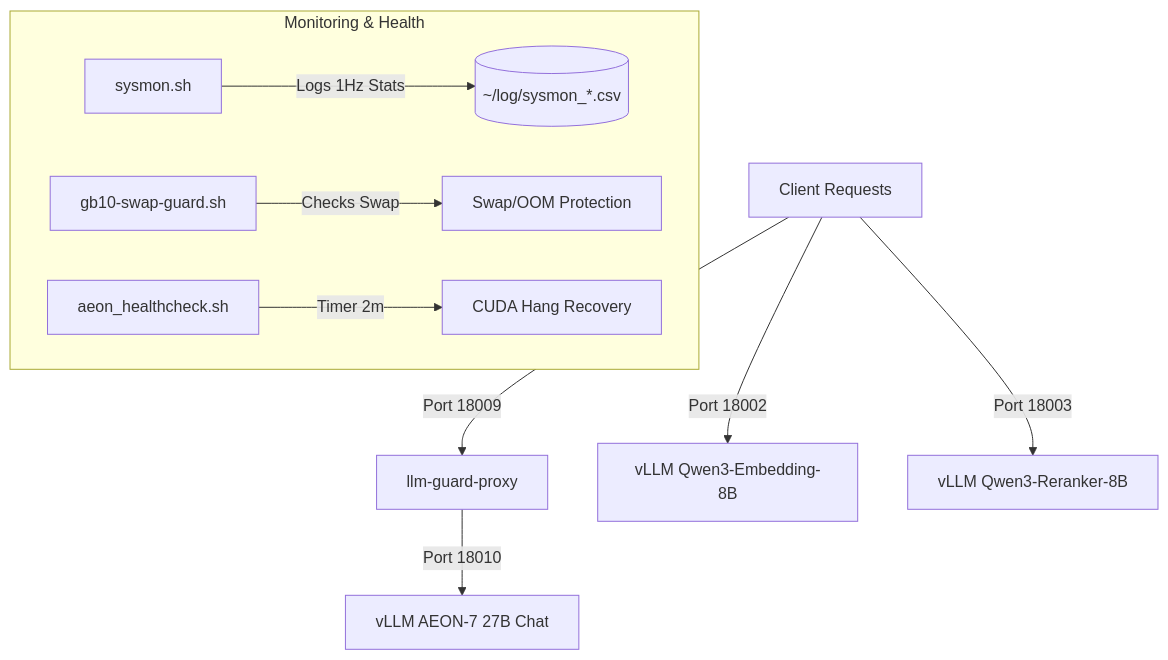
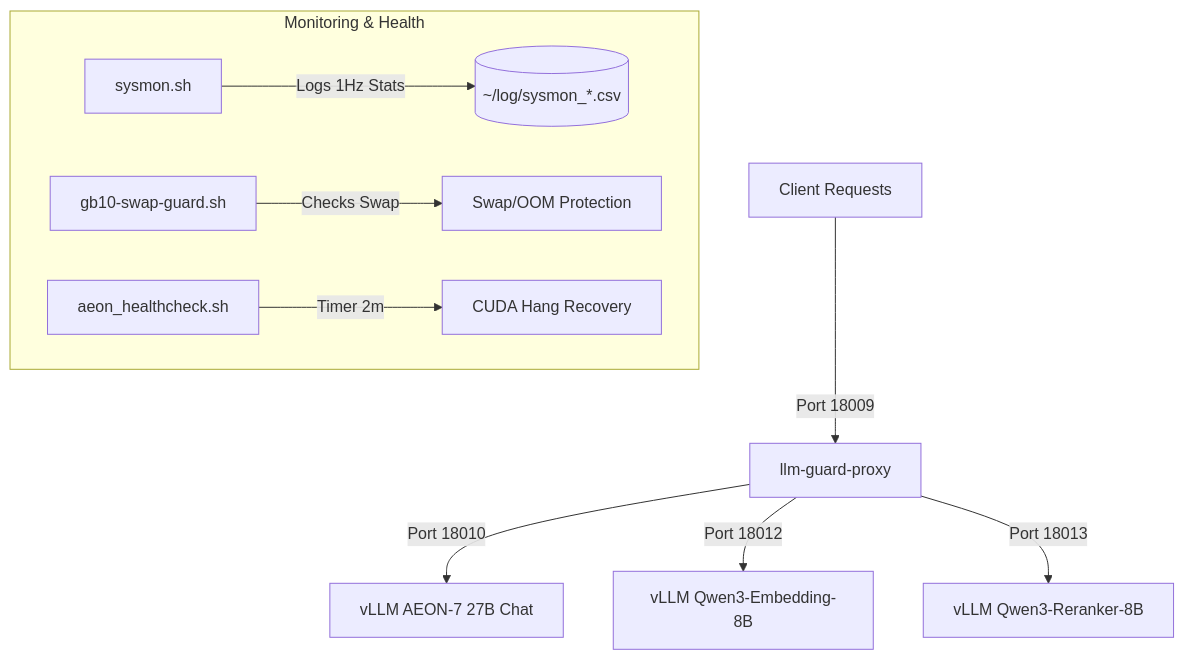
One commit to RyderFreeman4Logos/gb10-services changed the diagram in README.md. Above: the diagram before and after it, drawn with Mermaid. The commit also changed other lines of this file and 6 other files, not shown here.

````diff
--- a/README.md
+++ b/README.md
@@ -11,13 +11,13 @@
 ```mermaid
 graph TD
     Client[Client Requests] -->|Port 18009| Proxy[llm-guard-proxy]
     Proxy -->|Port 18010| AEON[vLLM AEON-7 27B Chat]
-    Client -->|Port 18002| Embed[vLLM Qwen3-Embedding-8B]
-    Client -->|Port 18003| Rerank[vLLM Qwen3-Reranker-8B]
+    Proxy -->|Port 18012| Embed[vLLM Qwen3-Embedding-8B]
+    Proxy -->|Port 18013| Rerank[vLLM Qwen3-Reranker-8B]
 
     subgraph Monitoring & Health
         Sysmon[sysmon.sh] -->|Logs 1Hz Stats| CSV[(~/log/sysmon_*.csv)]
         SwapGuard[gb10-swap-guard.sh] -->|Checks Swap| OOMProtect[Swap/OOM Protection]
         HCheck[aeon_healthcheck.sh] -->|Timer 2m| HangRecovery[CUDA Hang Recovery]
     end
 ```
````
